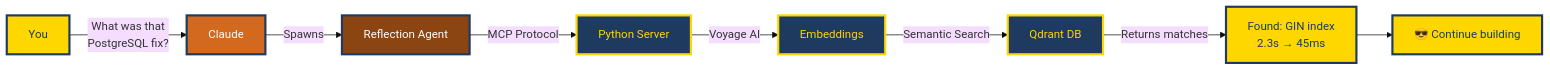
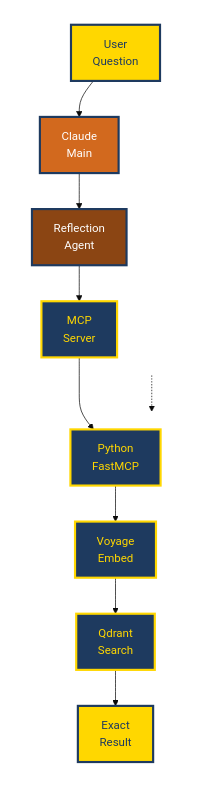
The diagram in docs/diagrams/after-diagram.mmd (ramccor/claude-self-reflect), drawn with Mermaid (base theme) before and after one commit. The commit also changed 3 other files, not shown here.

First line of the commit message:
fix: Redesign diagrams with shorter labels and two-row layout

```diff
--- a/docs/diagrams/after-diagram.mmd
+++ b/docs/diagrams/after-diagram.mmd
@@ -1,20 +1,30 @@
-flowchart LR
-    A[You] -->|"What was that<br/>PostgreSQL fix?"| B[Claude]
-    B -->|Spawns| C[Reflection Agent]
-    C -->|MCP Protocol| D[Python Server]
-    D -->|Voyage AI| E[Embeddings]
-    E -->|Semantic Search| F[Qdrant DB]
-    F -->|Returns matches| G["Found: GIN index<br/>2.3s → 45ms"]
-    G --> H[😎 Continue building]
+flowchart TB
+    subgraph Row1[" "]
+        A[User<br/>Question] --> B[Claude<br/>Main]
+        B --> C[Reflection<br/>Agent]
+        C --> D[MCP<br/>Server]
+    end
+    
+    subgraph Row2[" "]
+        D --> E[Python<br/>FastMCP]
+        E --> F[Voyage<br/>Embed]
+        F --> G[Qdrant<br/>Search]
+        G --> H[Exact<br/>Result]
+    end
+    
+    Row1 -.-> Row2
     
     classDef userStyle fill:#FFD700,stroke:#1e3a5f,stroke-width:3px,color:#1e3a5f
     classDef claudeStyle fill:#D2691E,stroke:#1e3a5f,stroke-width:3px,color:#fff
     classDef agentStyle fill:#8B4513,stroke:#1e3a5f,stroke-width:3px,color:#fff
     classDef techStyle fill:#1e3a5f,stroke:#FFD700,stroke-width:3px,color:#FFD700
     classDef successStyle fill:#FFD700,stroke:#1e3a5f,stroke-width:3px,color:#1e3a5f
     
     class A userStyle
     class B claudeStyle
     class C agentStyle
-    class D,E,F techStyle
-    class G,H successStyle
+    class D,E,F,G techStyle
+    class H successStyle
+    
+    style Row1 fill:transparent,stroke:none
+    style Row2 fill:transparent,stroke:none
```
